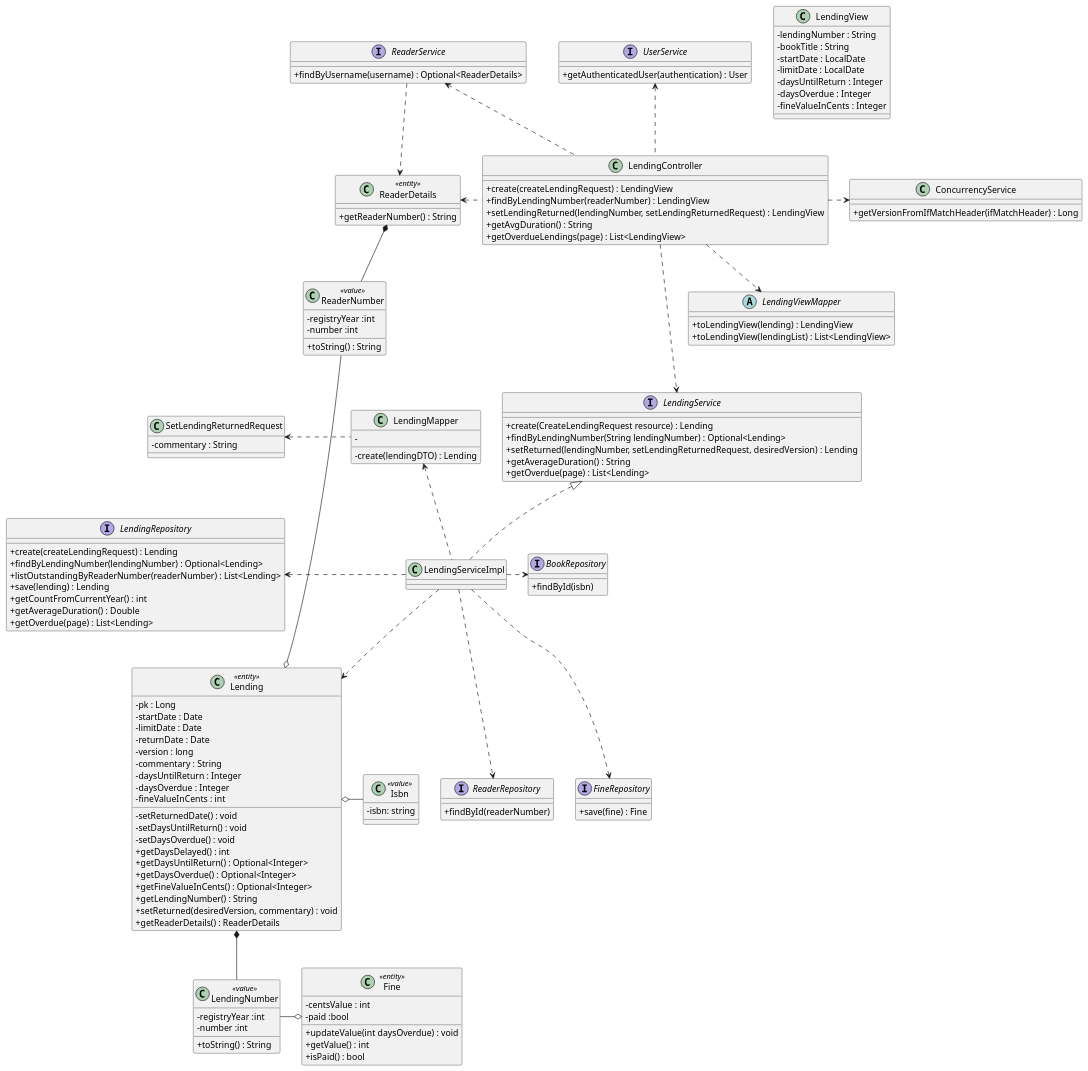
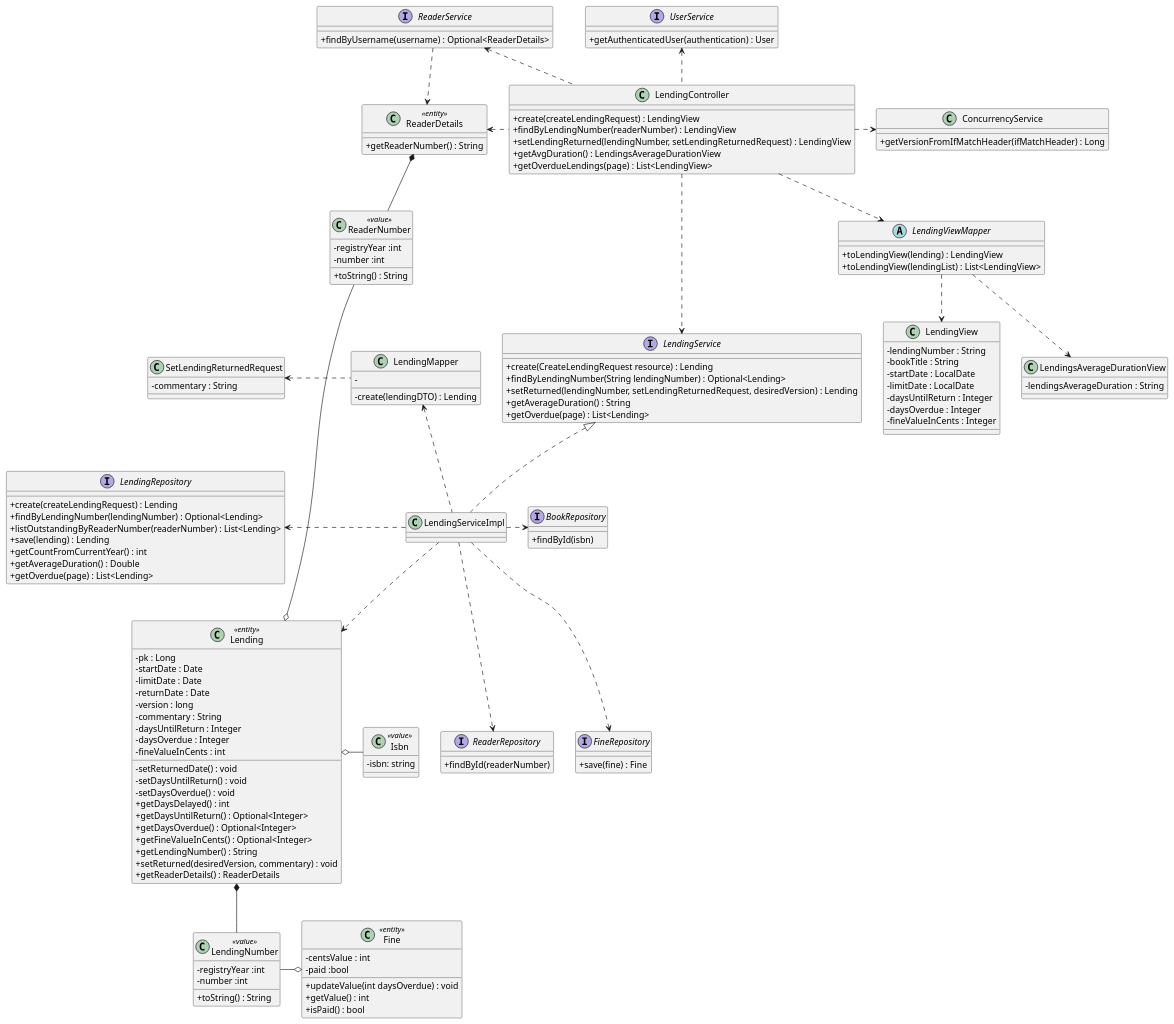
Before and after one commit to rutemf/1220944_1220772_G01: the diagram in Docs/Phase2/WP4B-Lendings/WP4B-Lendings-CD.puml, drawn with PlantUML. The commit also changed 8 other files, not shown here.

Commit message:
US 15 - Fixed controller getAverageLendingsDuration, fixed repo test method

```diff
--- a/Docs/Phase2/WP4B-Lendings/WP4B-Lendings-CD.puml
+++ b/Docs/Phase2/WP4B-Lendings/WP4B-Lendings-CD.puml
@@ -1,163 +1,170 @@
 @startuml
 
 'hide circle
 skinparam classAttributeIconSize 0
 
 class LendingController {
     + create(createLendingRequest) : LendingView
     + findByLendingNumber(readerNumber) : LendingView
     + setLendingReturned(lendingNumber, setLendingReturnedRequest) : LendingView
-    + getAvgDuration() : String
+    + getAvgDuration() : LendingsAverageDurationView
     + getOverdueLendings(page) : List<LendingView>
 }
 
 abstract class LendingViewMapper {
     + toLendingView(lending) : LendingView
     + toLendingView(lendingList) : List<LendingView>
 }
 
 class LendingView {
     - lendingNumber : String
     - bookTitle : String
     - startDate : LocalDate
     - limitDate : LocalDate
     - daysUntilReturn : Integer
     - daysOverdue : Integer
     - fineValueInCents : Integer
+}
+
+class LendingsAverageDurationView {
+    - lendingsAverageDuration : String
 }
 
 interface LendingService {
     + create(CreateLendingRequest resource) : Lending
     + findByLendingNumber(String lendingNumber) : Optional<Lending>
     + setReturned(lendingNumber, setLendingReturnedRequest, desiredVersion) : Lending
     + getAverageDuration() : String
     + getOverdue(page) : List<Lending>
 }
 
 class LendingServiceImpl implements LendingService{
 }
 
 interface UserService {
     + getAuthenticatedUser(authentication) : User
 }
 
 interface ReaderService {
     + findByUsername(username) : Optional<ReaderDetails>
 }
 
 class ConcurrencyService {
     + getVersionFromIfMatchHeader(ifMatchHeader) : Long
 }
 
 
 interface LendingRepository {
     + create(createLendingRequest) : Lending
     + findByLendingNumber(lendingNumber) : Optional<Lending>
     + listOutstandingByReaderNumber(readerNumber) : List<Lending>
     + save(lending) : Lending
     + getCountFromCurrentYear() : int
     + getAverageDuration() : Double
     + getOverdue(page) : List<Lending>
 }
 
 
 interface ReaderRepository {
     + findById(readerNumber)
 }
 
 interface BookRepository {
     + findById(isbn)
 }
 
 interface FineRepository {
     + save(fine) : Fine
 }
 
 class Lending <<entity>>{
     - pk : Long
     - startDate : Date
     - limitDate : Date
     - returnDate : Date
     - version : long
     - commentary : String
     - daysUntilReturn : Integer
     - daysOverdue : Integer
     - fineValueInCents : int
 
     - setReturnedDate() : void
     - setDaysUntilReturn() : void
     - setDaysOverdue() : void
     + getDaysDelayed() : int
     + getDaysUntilReturn() : Optional<Integer>
     + getDaysOverdue() : Optional<Integer>
     + getFineValueInCents() : Optional<Integer>
     + getLendingNumber() : String
     + setReturned(desiredVersion, commentary) : void
     + getReaderDetails() : ReaderDetails
 }
 
 class LendingNumber <<value>> {
     - registryYear :int
     - number :int
     + toString() : String
 }
 
 class Isbn <<value>>{
     - isbn: string
 }
 
 class ReaderDetails <<entity>>{
     + getReaderNumber() : String
 }
 
 class ReaderNumber <<value>>{
     - registryYear :int
     - number :int
     + toString() : String
 }
 
 class Fine <<entity>>{
     - centsValue : int
     - paid :bool
     + updateValue(int daysOverdue) : void
     + getValue() : int
     + isPaid() : bool
 }
 
 class SetLendingReturnedRequest{
     - commentary : String
 }
 
 class LendingMapper{
     - create(lendingDTO) : Lending
     -
 
 }
 
 
 Lending o- Isbn
 Lending o-left- ReaderNumber
 Lending *-down- LendingNumber
 LendingNumber -right-o Fine
 ReaderDetails *- ReaderNumber
 
 LendingController ..> LendingViewMapper
 LendingController ...> LendingService
 LendingController .up.> UserService
 LendingController .left.> ReaderService
 LendingController .> ConcurrencyService
 
 LendingServiceImpl ..> Lending
 LendingServiceImpl ..> FineRepository
 
 ReaderService ..> ReaderDetails
 LendingController .left.> ReaderDetails
 
 LendingServiceImpl .left.> LendingRepository
 LendingServiceImpl ..> ReaderRepository
 LendingServiceImpl .right.> BookRepository
 
 LendingServiceImpl .up.> LendingMapper
 LendingMapper .left.> SetLendingReturnedRequest
 
+LendingViewMapper ..> LendingView
+LendingViewMapper ..> LendingsAverageDurationView
+
 @enduml
```
